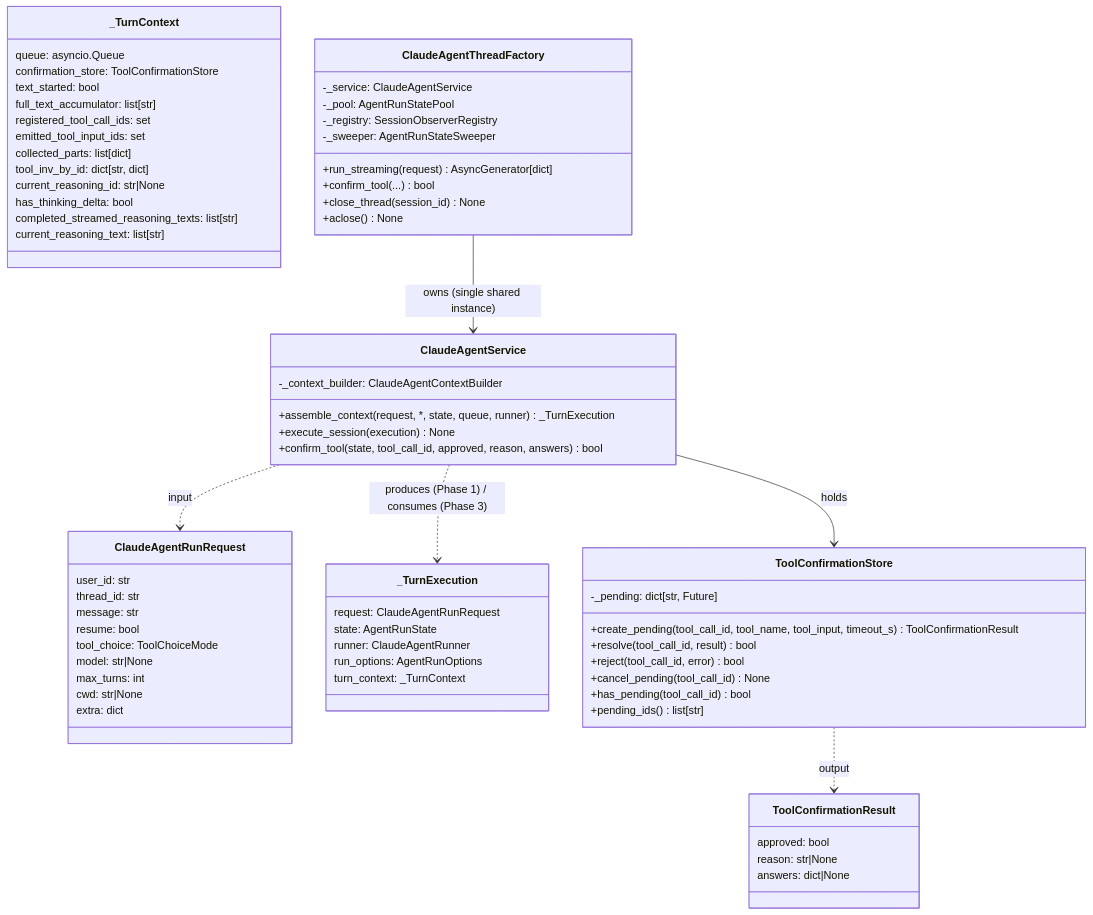
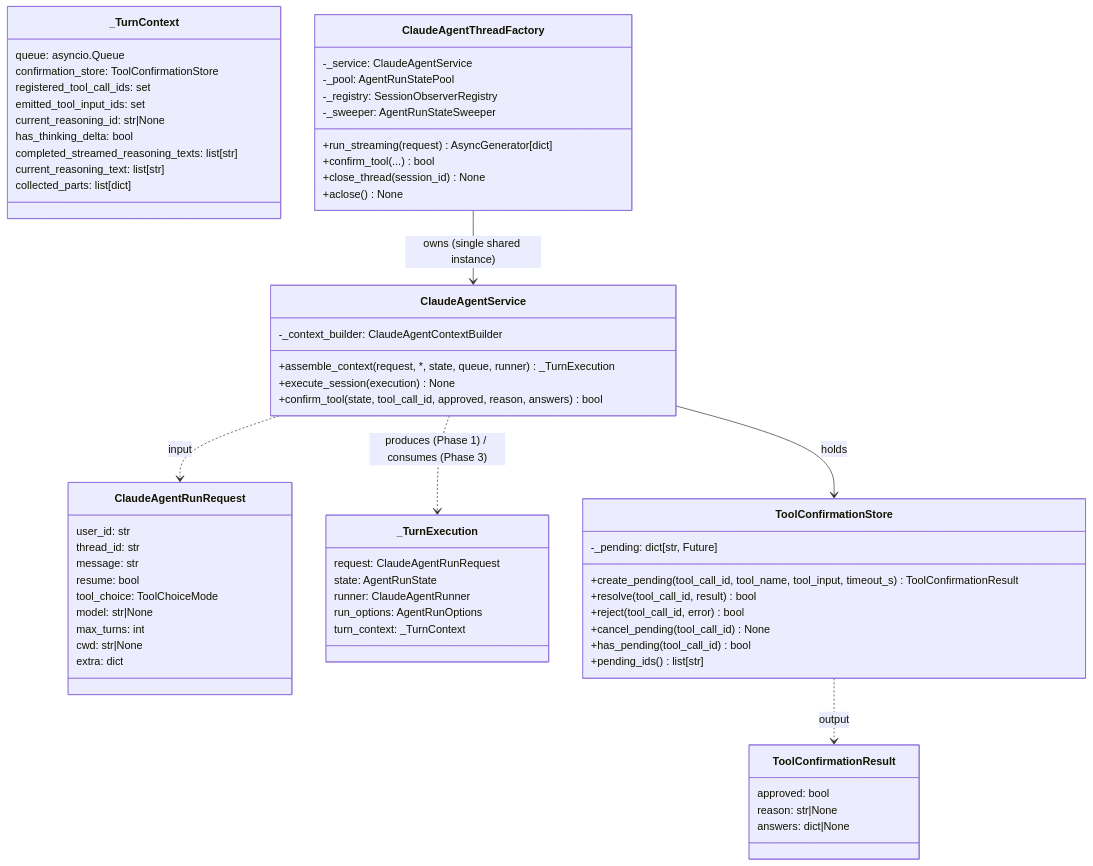
Before and after one commit to glide-the/im-dream: the first of 4 diagrams in docs/design/claude-agent/claude-agent-service-design.md, drawn with Mermaid. The commit also changed other lines of this file and 12 other files, not shown here.

````diff
--- a/docs/design/claude-agent/claude-agent-service-design.md
+++ b/docs/design/claude-agent/claude-agent-service-design.md
@@ -46,77 +47,74 @@
 ```mermaid
 classDiagram
     class ClaudeAgentRunRequest {
         user_id: str
         thread_id: str
         message: str
         resume: bool
         tool_choice: ToolChoiceMode
         model: str|None
         max_turns: int
         cwd: str|None
         extra: dict
     }
 
     class ClaudeAgentService {
         -_context_builder: ClaudeAgentContextBuilder
         +assemble_context(request, *, state, queue, runner) _TurnExecution
         +execute_session(execution) None
         +confirm_tool(state, tool_call_id, approved, reason, answers) bool
     }
 
     class _TurnExecution {
         request: ClaudeAgentRunRequest
         state: AgentRunState
         runner: ClaudeAgentRunner
         run_options: AgentRunOptions
         turn_context: _TurnContext
     }
 
     class _TurnContext {
         queue: asyncio.Queue
         confirmation_store: ToolConfirmationStore
-        text_started: bool
-        full_text_accumulator: list[str]
         registered_tool_call_ids: set
         emitted_tool_input_ids: set
-        collected_parts: list[dict]
-        tool_inv_by_id: dict[str, dict]
         current_reasoning_id: str|None
         has_thinking_delta: bool
         completed_streamed_reasoning_texts: list[str]
         current_reasoning_text: list[str]
+        collected_parts: list[dict]
     }
 
     class ClaudeAgentThreadFactory {
         -_service: ClaudeAgentService
         -_pool: AgentRunStatePool
         -_registry: SessionObserverRegistry
         -_sweeper: AgentRunStateSweeper
         +run_streaming(request) AsyncGenerator[dict]
         +confirm_tool(...) bool
         +close_thread(session_id) None
         +aclose() None
     }
 
     class ToolConfirmationStore {
         -_pending: dict[str, Future]
         +create_pending(tool_call_id, tool_name, tool_input, timeout_s) ToolConfirmationResult
         +resolve(tool_call_id, result) bool
         +reject(tool_call_id, error) bool
         +cancel_pending(tool_call_id) None
         +has_pending(tool_call_id) bool
         +pending_ids() list[str]
     }
 
     class ToolConfirmationResult {
         approved: bool
         reason: str|None
         answers: dict|None
     }
 
     ClaudeAgentThreadFactory --> ClaudeAgentService : owns (single shared instance)
     ClaudeAgentService --> ToolConfirmationStore : holds
     ClaudeAgentService ..> _TurnExecution : produces (Phase 1) / consumes (Phase 3)
     ClaudeAgentService ..> ClaudeAgentRunRequest : input
     ToolConfirmationStore ..> ToolConfirmationResult : output
 ```
````
